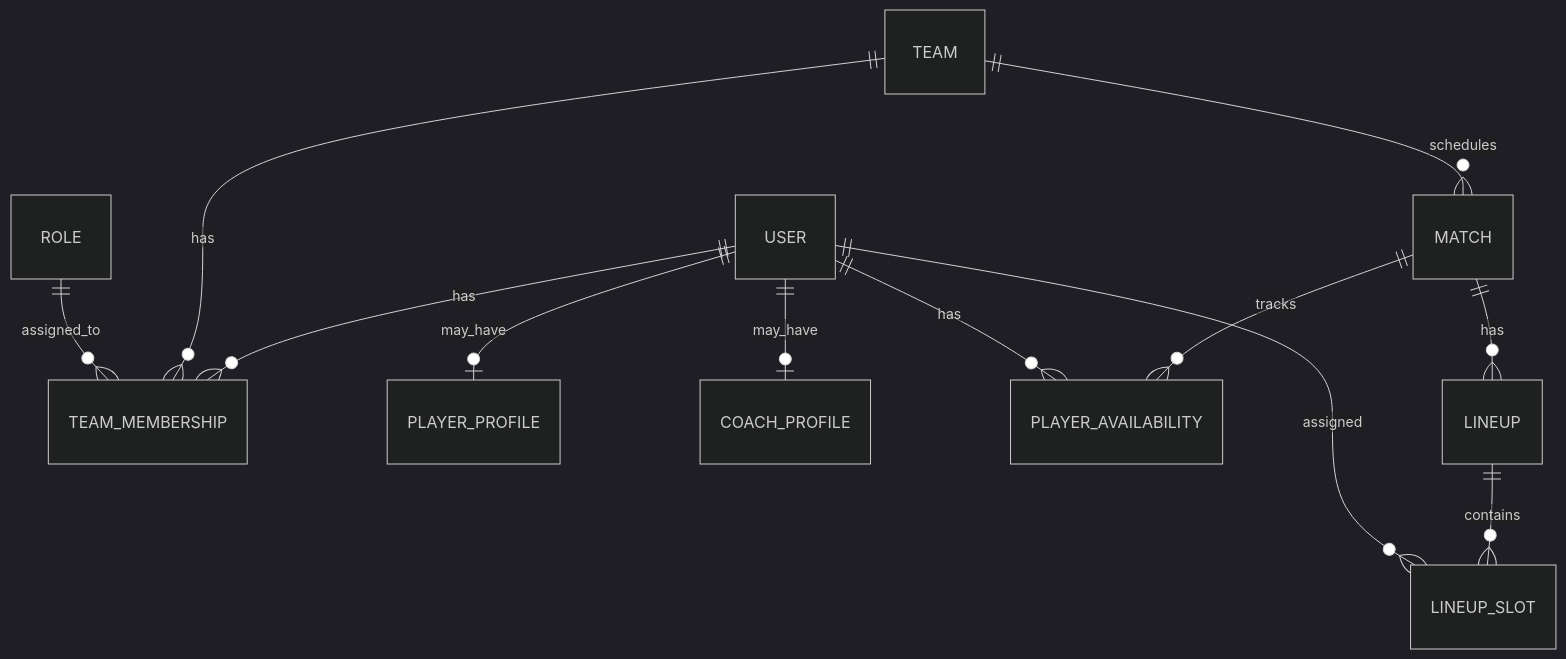
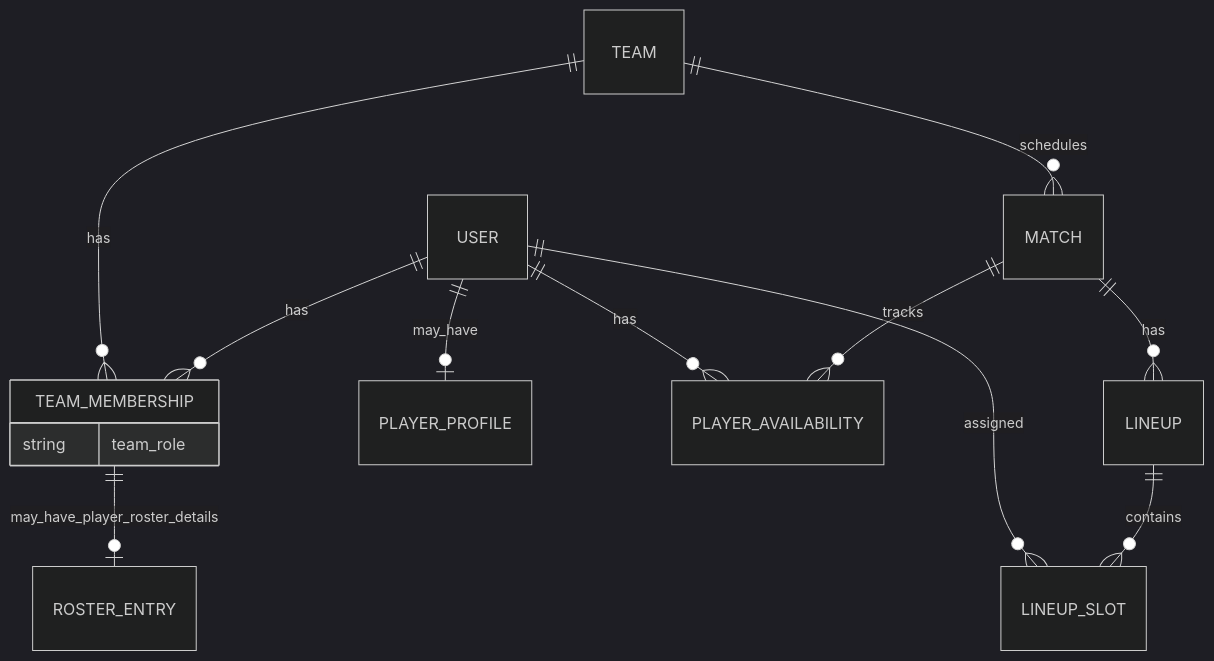
The diagram in docs/architecture/domain-model.md (bbubb/squadsync), drawn with Mermaid (dark theme) before and after one commit. The commit also changed other lines of this file and 7 other files, not shown here.

First line of the commit message:
docs: clarify Phase 2 domain and persistence architecture (#87)

````diff
--- a/docs/architecture/domain-model.md
+++ b/docs/architecture/domain-model.md
@@ -162,14 +80,16 @@
 ```mermaid
 erDiagram
     USER ||--o{ TEAM_MEMBERSHIP : has
     TEAM ||--o{ TEAM_MEMBERSHIP : has
-    ROLE ||--o{ TEAM_MEMBERSHIP : assigned_to
+    TEAM_MEMBERSHIP {
+        string team_role
+    }
     USER ||--o| PLAYER_PROFILE : may_have
-    USER ||--o| COACH_PROFILE : may_have
+    TEAM_MEMBERSHIP ||--o| ROSTER_ENTRY : may_have_player_roster_details
     TEAM ||--o{ MATCH : schedules
     MATCH ||--o{ PLAYER_AVAILABILITY : tracks
     USER ||--o{ PLAYER_AVAILABILITY : has
     MATCH ||--o{ LINEUP : has
     LINEUP ||--o{ LINEUP_SLOT : contains
     USER ||--o{ LINEUP_SLOT : assigned
 ```
````
